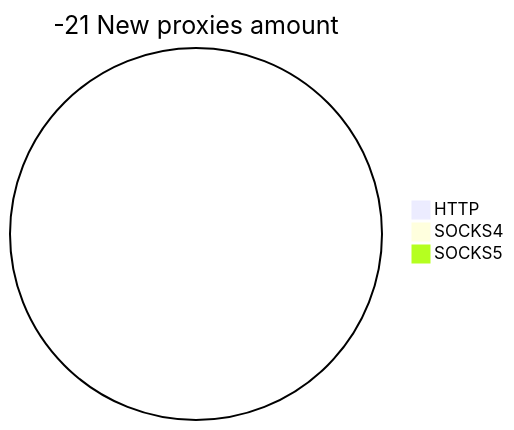
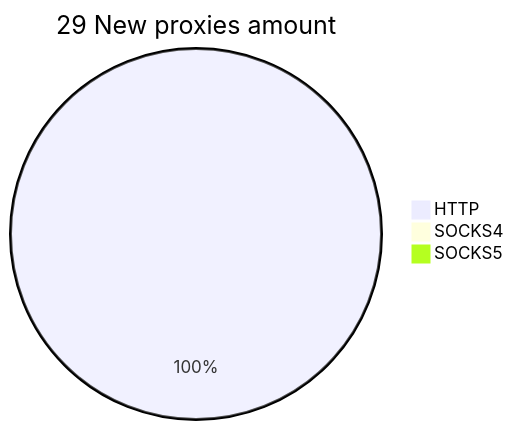
One commit to cutipu/proxylist changed the second of 2 diagrams in README.md. Above: the diagram before and after it, drawn with Mermaid. The commit also changed other lines of this file, not shown here.

````diff
--- a/README.md
+++ b/README.md
@@ -10,6 +10,6 @@
 ```mermaid
-pie title -21 New proxies amount
-    "HTTP" : 0
+pie title 29 New proxies amount
+    "HTTP" : 32
     "SOCKS4" : 0
     "SOCKS5" : 0
 ```
````
